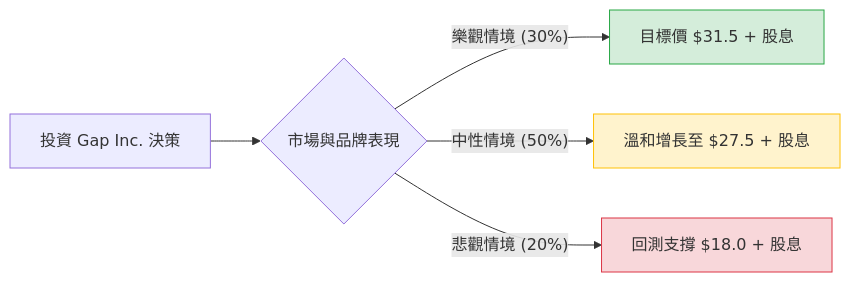
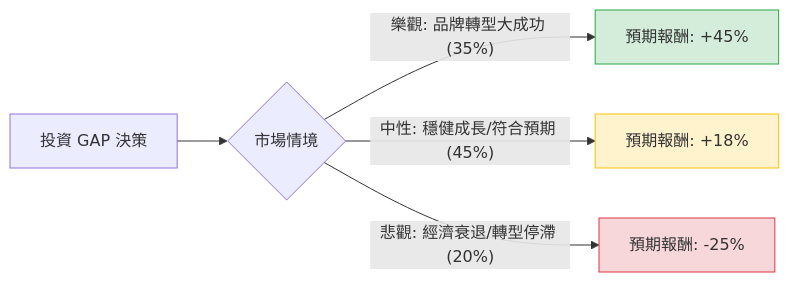
The diagram in plugin-react/ai-analysis/ev-analysis/GAP.md (zmcx16/zmcx16.github.io), drawn with Mermaid before and after one commit. The commit also changed other lines of this file and 68 other files, not shown here.

````diff
--- a/plugin-react/ai-analysis/ev-analysis/GAP.md
+++ b/plugin-react/ai-analysis/ev-analysis/GAP.md
@@ -20,12 +20,12 @@
 ```mermaid
 graph LR
-    A[投資 Gap Inc. 決策] --> B{市場與品牌表現}
+    A[投資 GAP 決策] --> B{市場情境}
     
-    B -- 樂觀情境 (30%) --> C[目標價 $31.5 + 股息]
-    B -- 中性情境 (50%) --> D[溫和增長至 $27.5 + 股息]
-    B -- 悲觀情境 (20%) --> E[回測支撐 $18.0 + 股息]
+    B -- 樂觀: 品牌轉型大成功 (35%) --> C[預期報酬: +45%]
+    B -- 中性: 穩健成長/符合預期 (45%) --> D[預期報酬: +18%]
+    B -- 悲觀: 經濟衰退/轉型停滯 (20%) --> E[預期報酬: -25%]
 
     style C fill:#d4edda,stroke:#28a745
     style D fill:#fff3cd,stroke:#ffc107
     style E fill:#f8d7da,stroke:#dc3545
 ```
````
